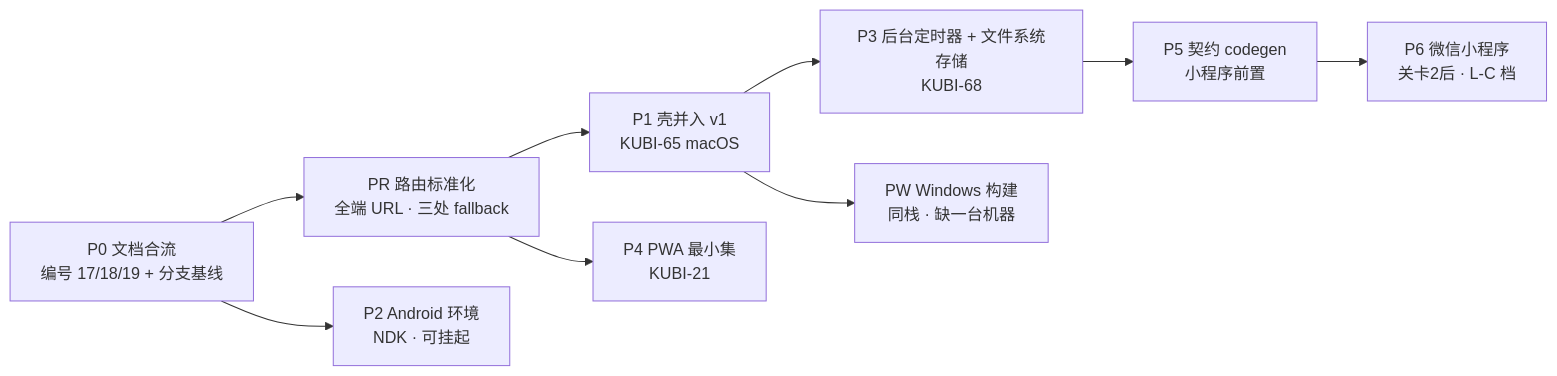
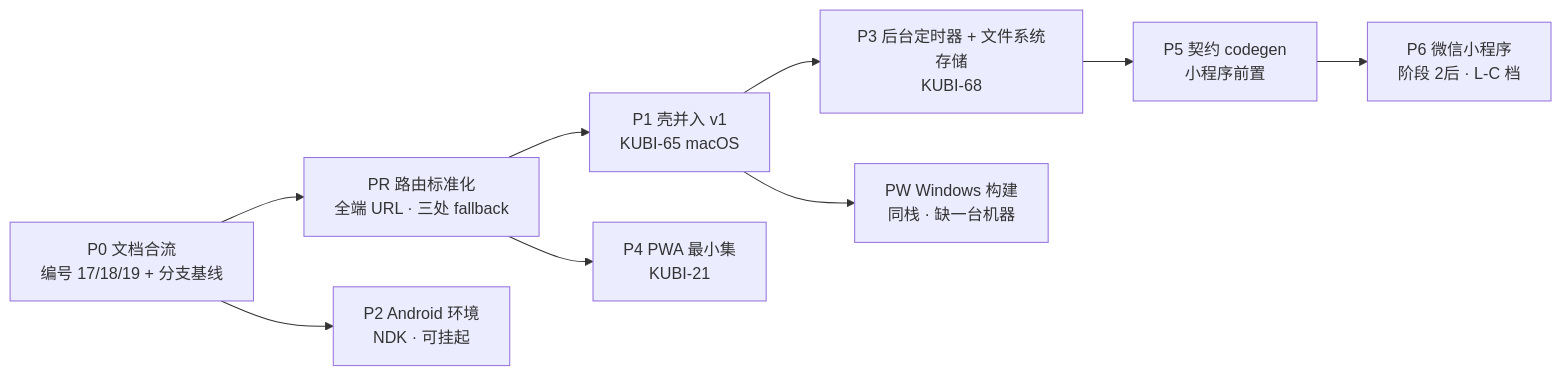
One commit to chenyuanjin/kubic changed the second of 2 diagrams in docs/technical/多端选型与端矩阵.md. Above: the diagram before and after it, drawn with Mermaid. The commit also changed other lines of this file and 249 other files, not shown here.

````diff
--- a/docs/technical/多端选型与端矩阵.md
+++ b/docs/technical/多端选型与端矩阵.md
@@ -524,11 +524,11 @@
 ```mermaid
 flowchart LR
     P0["P0 文档合流<br/>编号 17/18/19 + 分支基线"] --> PR["PR 路由标准化<br/>全端 URL · 三处 fallback"]
     P0 --> P2["P2 Android 环境<br/>NDK · 可挂起"]
     PR --> P1["P1 壳并入 v1<br/>KUBI-65 macOS"]
     P1 --> P3["P3 后台定时器 + 文件系统存储<br/>KUBI-68"]
     PR --> P4["P4 PWA 最小集<br/>KUBI-21"]
     P3 --> P5["P5 契约 codegen<br/>小程序前置"]
-    P5 --> P6["P6 微信小程序<br/>关卡2后 · L-C 档"]
+    P5 --> P6["P6 微信小程序<br/>阶段 2后 · L-C 档"]
     P1 --> PW["PW Windows 构建<br/>同栈 · 缺一台机器"]
 ```
````
